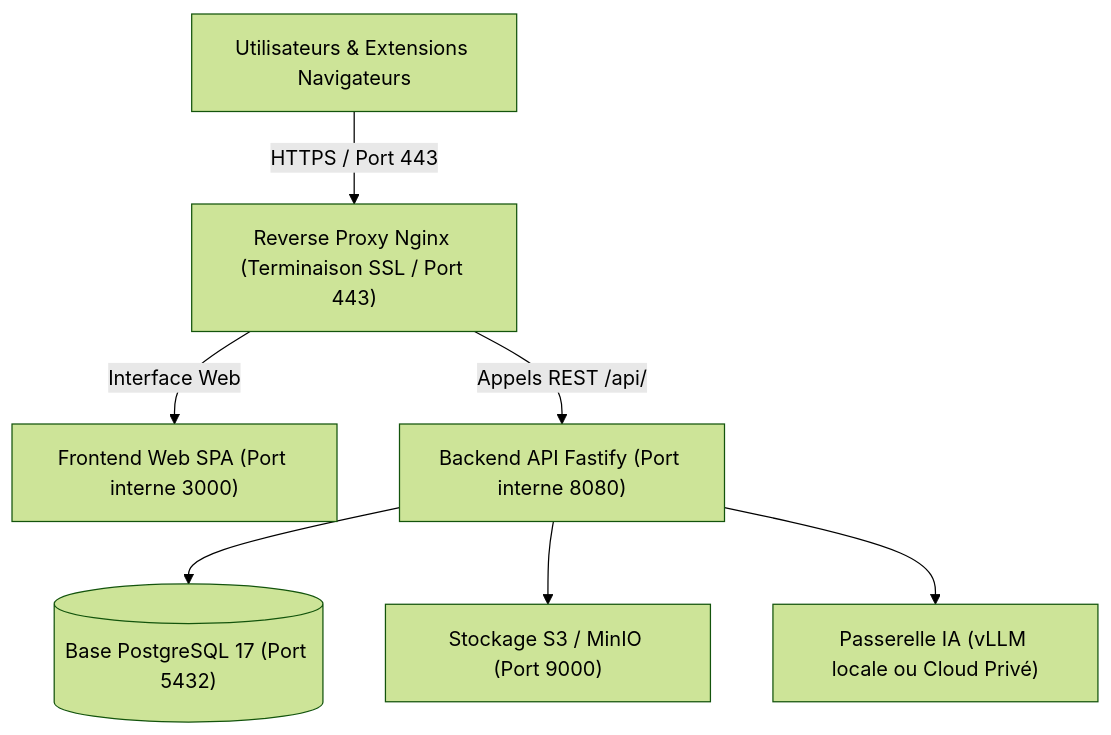
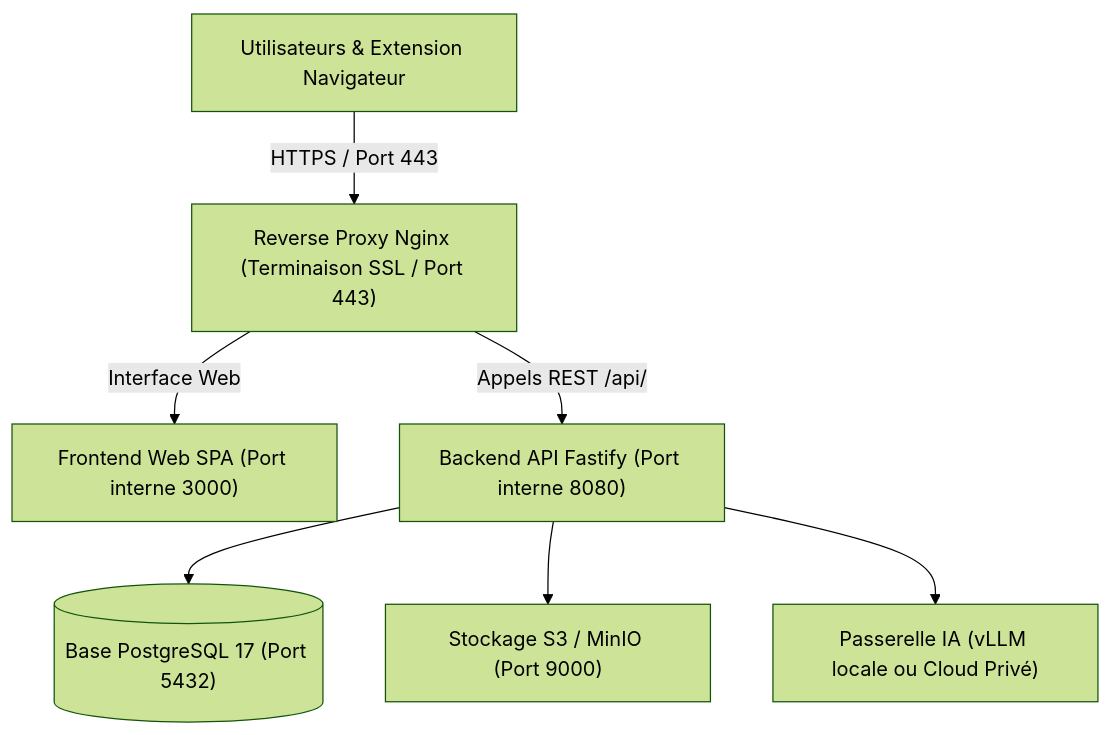
One commit to DBS-LU/powerprompt-docs changed the diagram in src/content/docs/fr/installation/on-premise.md. Above: the diagram before and after it, drawn with Mermaid (forest theme). The commit also changed 4 other files, not shown here.

````diff
--- a/src/content/docs/fr/installation/on-premise.md
+++ b/src/content/docs/fr/installation/on-premise.md
@@ -15,20 +15,20 @@
 ```mermaid
 graph TD
-    Users["Utilisateurs & Extensions Navigateurs"]
+    Users["Utilisateurs & Extension Navigateur"]
     Proxy["Reverse Proxy Nginx (Terminaison SSL / Port 443)"]
 
     Frontend["Frontend Web SPA (Port interne 3000)"]
     Backend["Backend API Fastify (Port interne 8080)"]
 
     DB[("Base PostgreSQL 17 (Port 5432)")]
     Storage["Stockage S3 / MinIO (Port 9000)"]
     LLMGateway["Passerelle IA (vLLM locale ou Cloud Privé)"]
 
     Users -->|HTTPS / Port 443| Proxy
     Proxy -->|Interface Web| Frontend
     Proxy -->|Appels REST /api/| Backend
 
     Backend --> DB
     Backend --> Storage
     Backend --> LLMGateway
 ```
````
